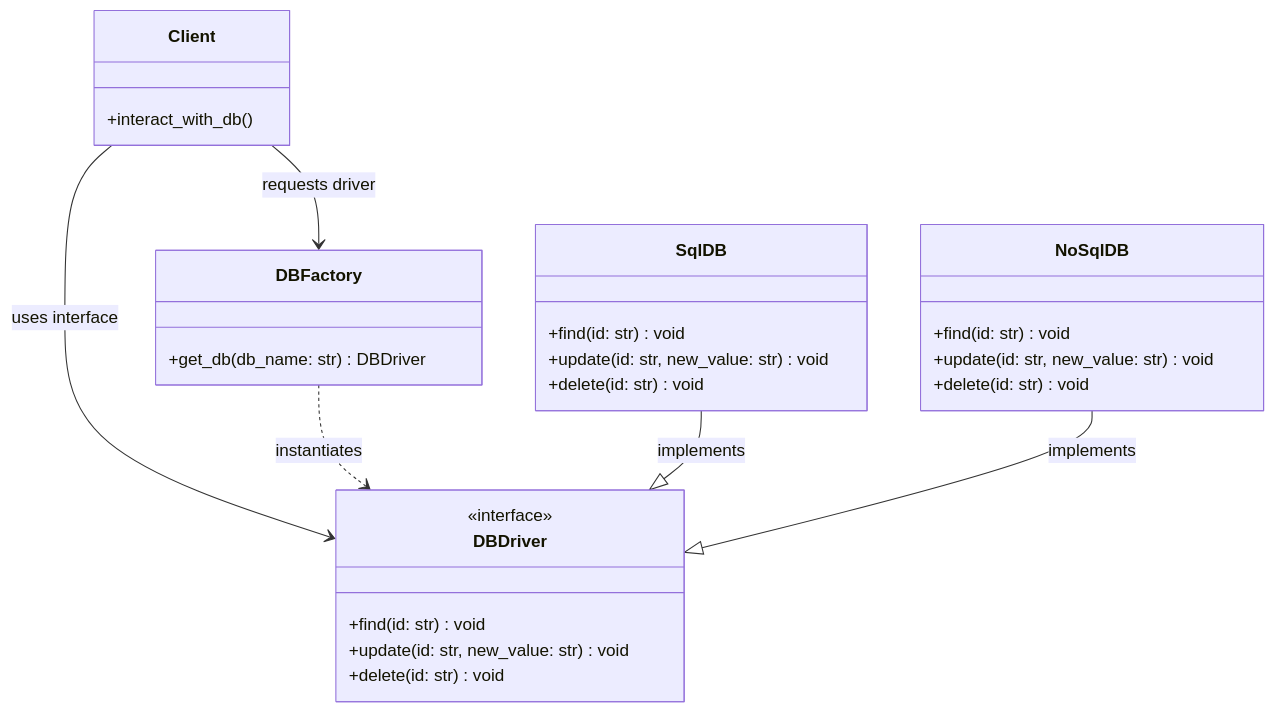
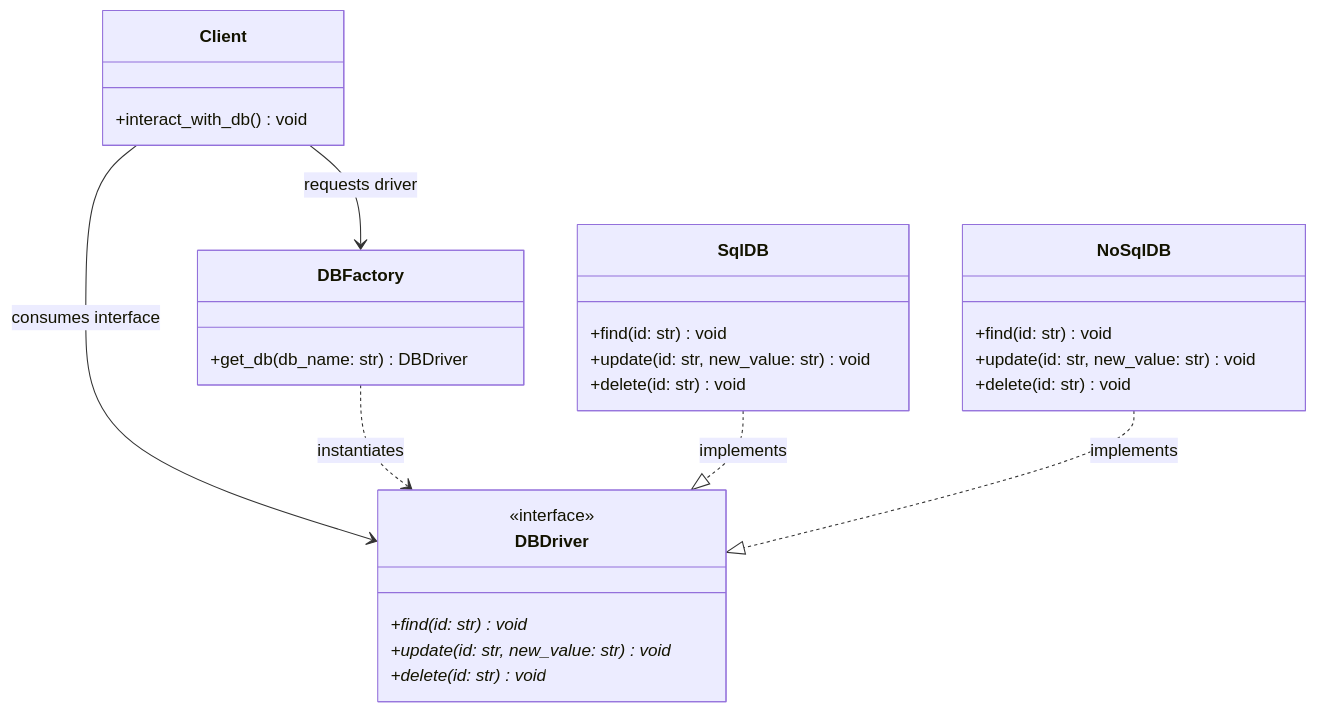
One commit to chahatsagarmain/lld changed the first of 2 diagrams in factory/README.md. Above: the diagram before and after it, drawn with Mermaid. The commit also changed other lines of this file and 13 other files, not shown here.

````diff
--- a/factory/README.md
+++ b/factory/README.md
@@ -22,31 +48,35 @@
 ```mermaid
 classDiagram
     class Client {
-        +interact_with_db()
+        +interact_with_db() void
     }
+
     class DBFactory {
         +get_db(db_name: str) DBDriver
     }
+
     class DBDriver {
         <<interface>>
-        +find(id: str) void
-        +update(id: str, new_value: str) void
-        +delete(id: str) void
+        +find(id: str)* void
+        +update(id: str, new_value: str)* void
+        +delete(id: str)* void
     }
+
     class SqlDB {
         +find(id: str) void
         +update(id: str, new_value: str) void
         +delete(id: str) void
     }
+
     class NoSqlDB {
         +find(id: str) void
         +update(id: str, new_value: str) void
         +delete(id: str) void
     }
 
     Client --> DBFactory : requests driver
-    Client --> DBDriver : uses interface
+    Client --> DBDriver : consumes interface
     DBFactory ..> DBDriver : instantiates
-    SqlDB --|> DBDriver : implements
-    NoSqlDB --|> DBDriver : implements
+    SqlDB ..|> DBDriver : implements
+    NoSqlDB ..|> DBDriver : implements
 ```
````
